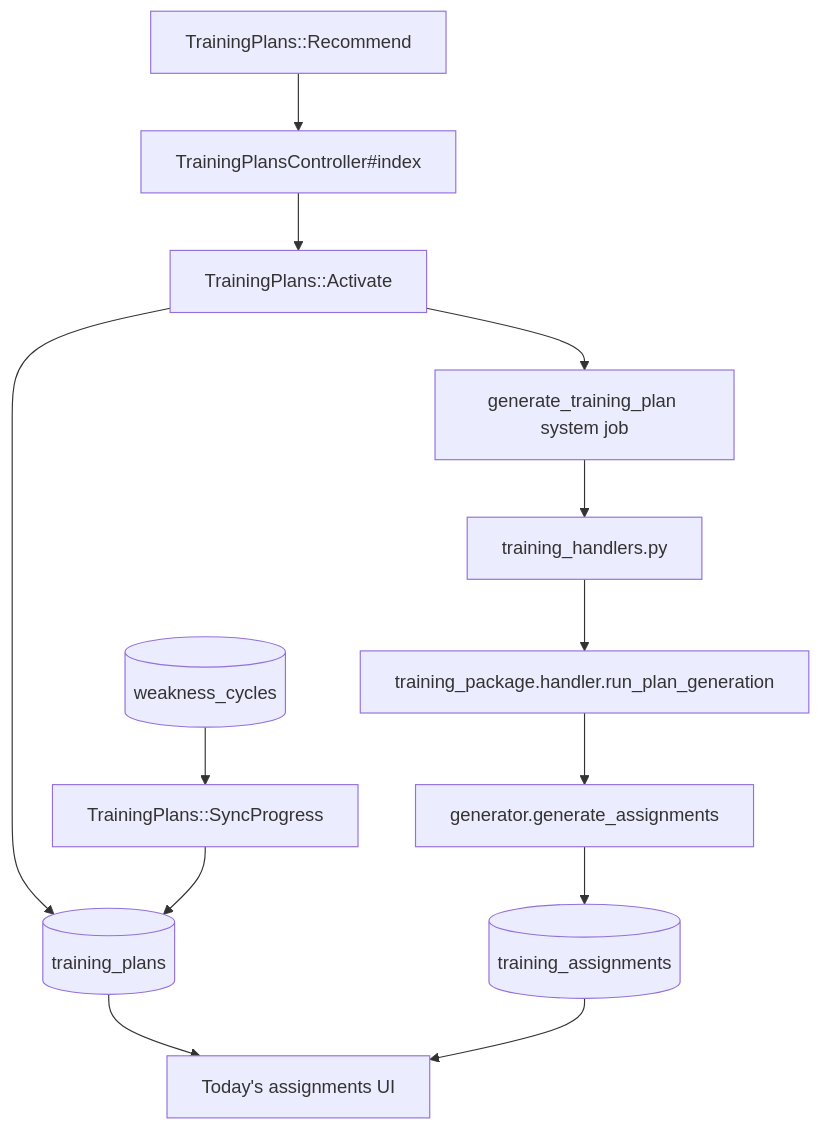
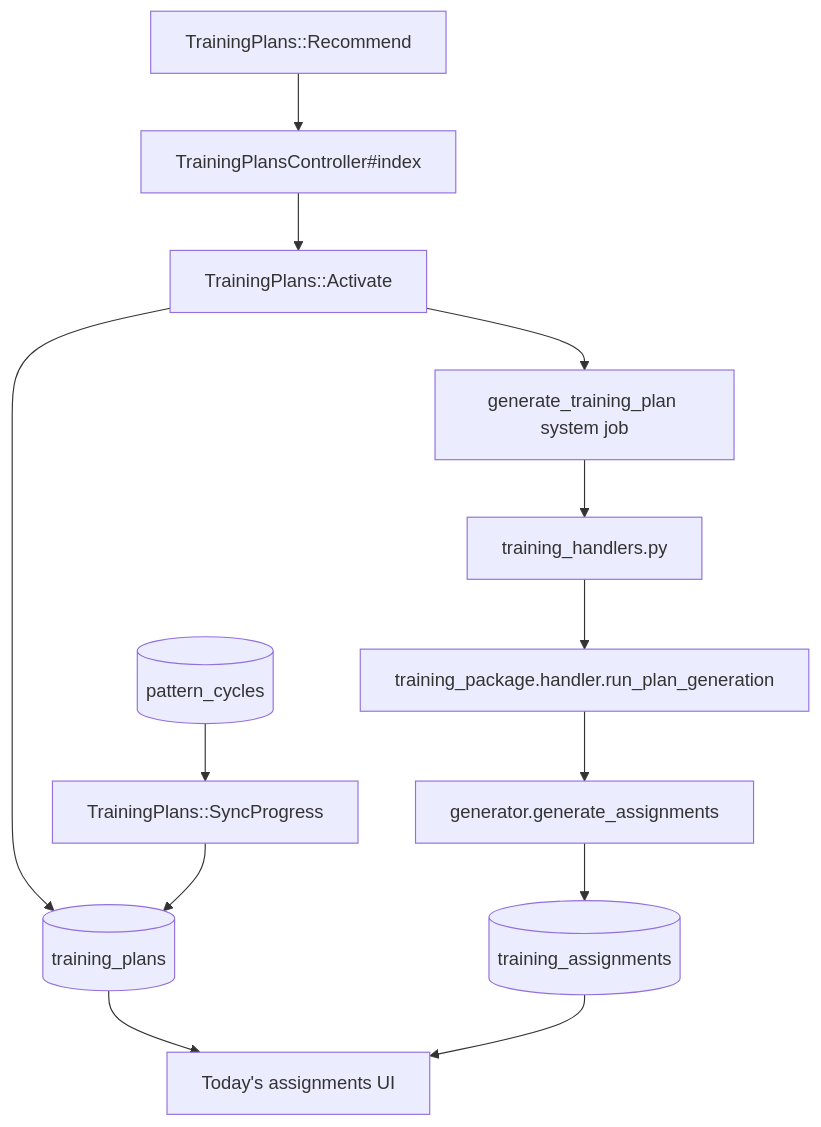
The diagram in docs/training-plan-engine.md (n8rzz/chess-mentor), drawn with Mermaid before and after one commit. The commit also changed other lines of this file and 165 other files, not shown here.

````diff
--- a/docs/training-plan-engine.md
+++ b/docs/training-plan-engine.md
@@ -18,15 +18,15 @@
 ```mermaid
 flowchart TD
     Rec[TrainingPlans::Recommend] --> UI[TrainingPlansController#index]
     UI --> Act[TrainingPlans::Activate]
     Act --> TP[(training_plans)]
     Act --> Job[generate_training_plan system job]
     Job --> Handler[training_handlers.py]
     Handler --> Run[training_package.handler.run_plan_generation]
     Run --> Gen[generator.generate_assignments]
     Gen --> TA[(training_assignments)]
     TP --> Today[Today's assignments UI]
     TA --> Today
-    WC[(weakness_cycles)] --> Sync[TrainingPlans::SyncProgress]
+    WC[(pattern_cycles)] --> Sync[TrainingPlans::SyncProgress]
     Sync --> TP
 ```
````
